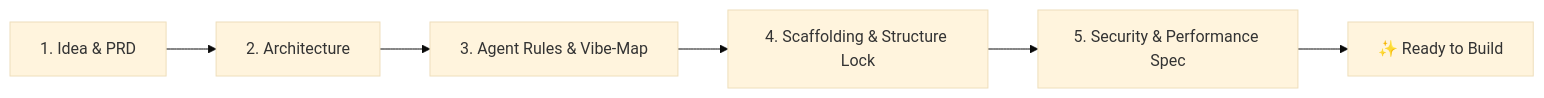
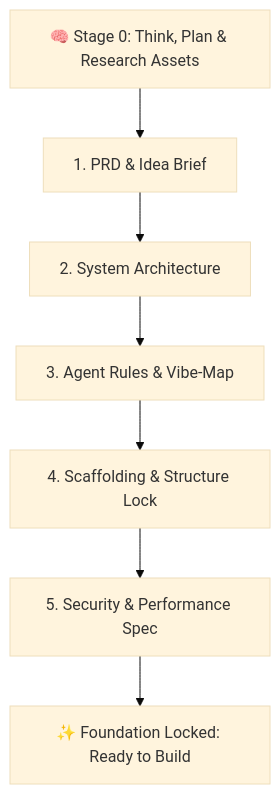
The diagram in README.md (muchandresh/project-initiator), drawn with Mermaid (base theme) before and after one commit. The commit also changed other lines of this file and 3 other files, not shown here.

Commit message:
feat: add Stage 0 thinking, planning, branding, visual assets, and deep research flow

````diff
--- a/README.md
+++ b/README.md
@@ -18,8 +19,9 @@
 ```mermaid
-flowchart LR
-    A[1. Idea & PRD] --> B[2. Architecture]
-    B --> C[3. Agent Rules & Vibe-Map]
-    C --> D[4. Scaffolding & Structure Lock]
-    D --> E[5. Security & Performance Spec]
-    E --> F[✨ Ready to Build]
+flowchart TD
+    A[🧠 Stage 0: Think, Plan & Research Assets] --> B[1. PRD & Idea Brief]
+    B --> C[2. System Architecture]
+    C --> D[3. Agent Rules & Vibe-Map]
+    D --> E[4. Scaffolding & Structure Lock]
+    E --> F[5. Security & Performance Spec]
+    F --> G[✨ Foundation Locked: Ready to Build]
 ```
````
